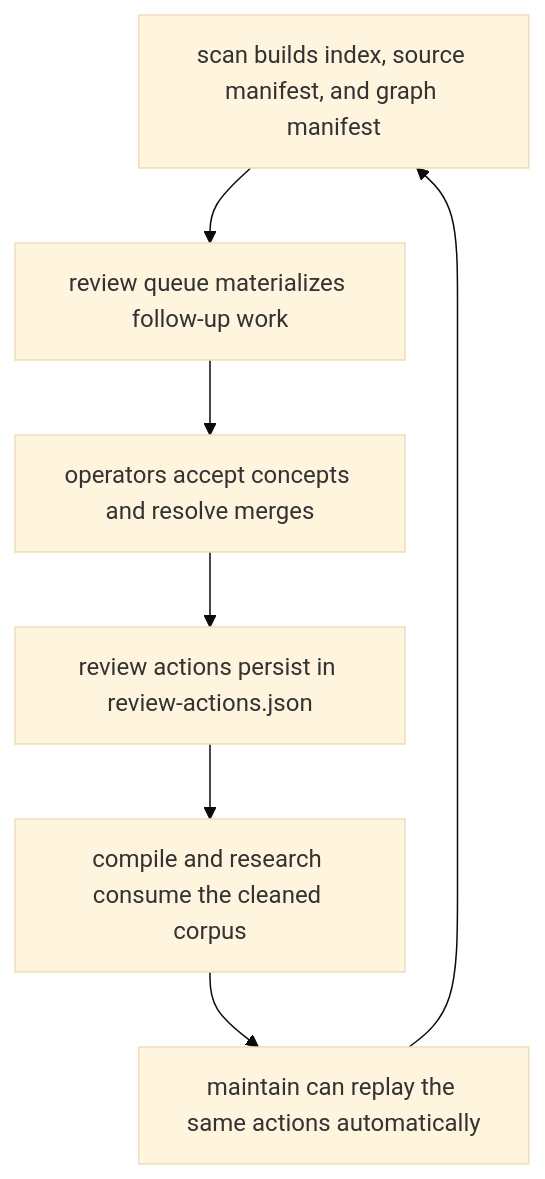
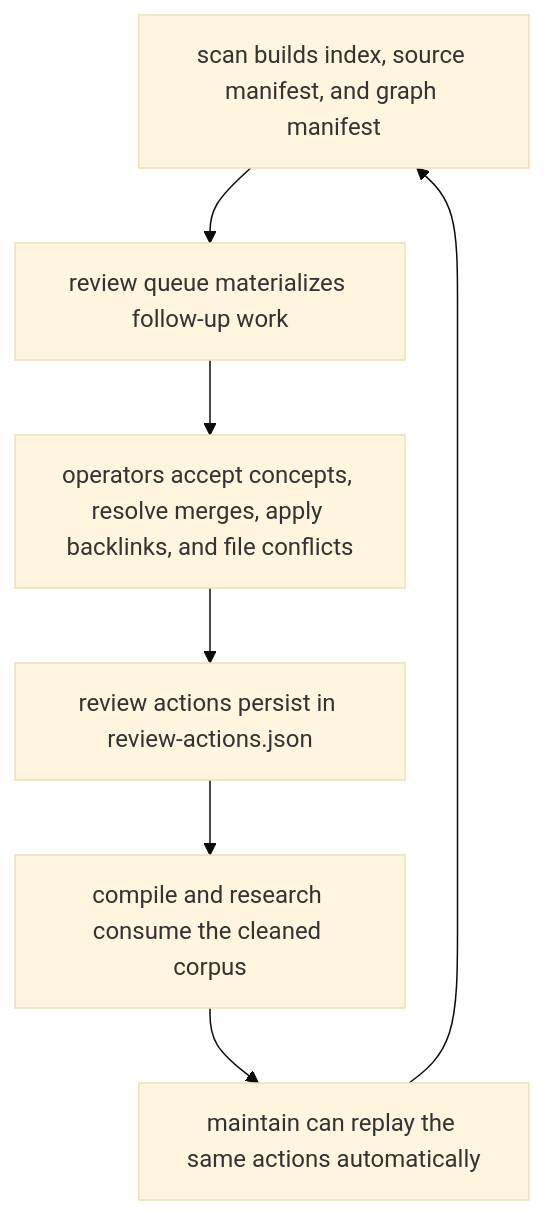
The diagram in README.md (shrijacked/Cognisync), drawn with Mermaid (base theme) before and after one commit. The commit also changed other lines of this file and 2 other files, not shown here.

````diff
--- a/README.md
+++ b/README.md
@@ -182,9 +184,9 @@
 ```mermaid
 flowchart TD
     A["scan builds index, source manifest, and graph manifest"] --> B["review queue materializes follow-up work"]
-    B --> C["operators accept concepts and resolve merges"]
+    B --> C["operators accept concepts, resolve merges, apply backlinks, and file conflicts"]
     C --> D["review actions persist in review-actions.json"]
     D --> E["compile and research consume the cleaned corpus"]
     E --> F["maintain can replay the same actions automatically"]
     F --> A
 ```
````
